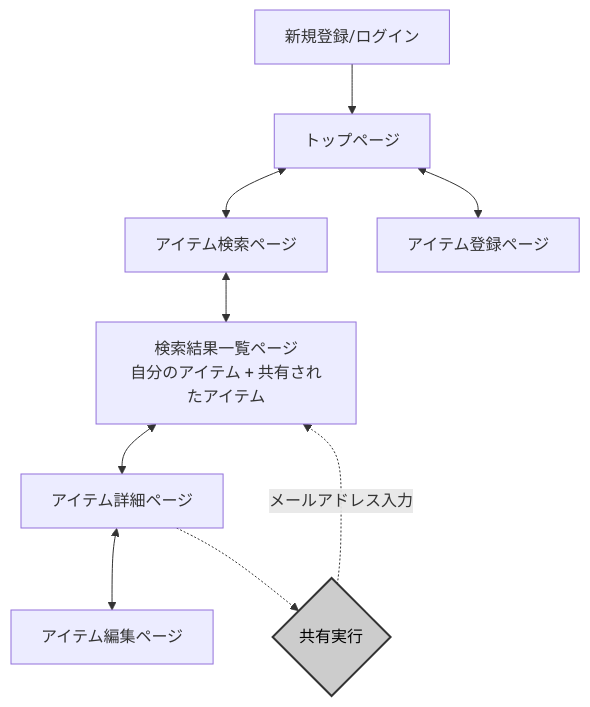
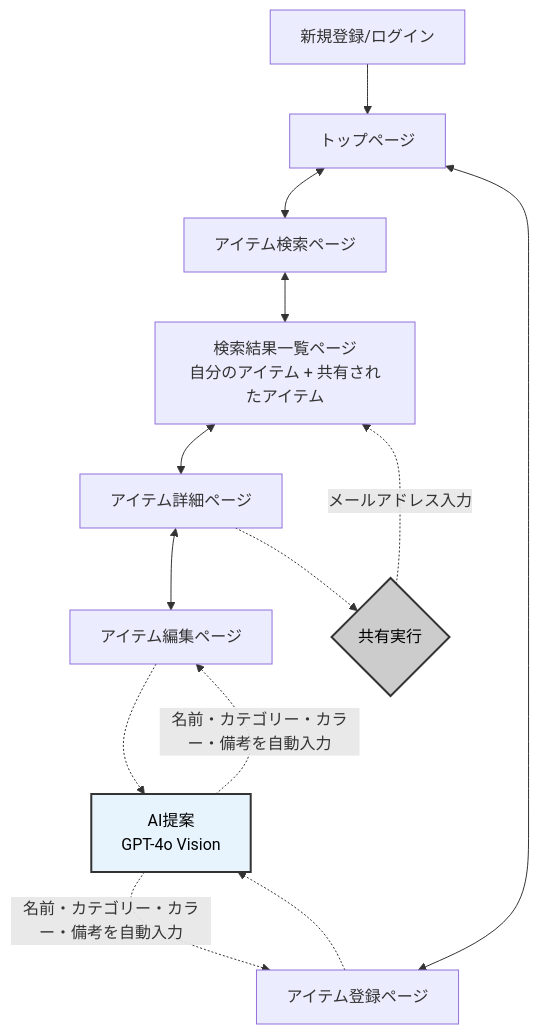
Before and after one commit to urakawakazuo0301/NaniKore: the first of 2 diagrams in README.md, drawn with Mermaid. The commit also changed other lines of this file, not shown here.

````diff
--- a/README.md
+++ b/README.md
@@ -88,15 +115,22 @@
 ```mermaid
 graph TD
     A[新規登録/ログイン] --> B[トップページ]
     B <--> C[アイテム検索ページ]
     C <--> D[検索結果一覧ページ<br/>自分のアイテム + 共有されたアイテム]
     D <--> E[アイテム詳細ページ]
     E <--> F[アイテム編集ページ]
     B <--> G[アイテム登録ページ]
     
+    %% AI提案機能
+    G -.-> I[AI提案<br/>GPT-4o Vision]
+    F -.-> I
+    I -.-> |名前・カテゴリー・カラー・備考を自動入力| G
+    I -.-> |名前・カテゴリー・カラー・備考を自動入力| F
+    
     %% 共有機能の導線
     E -.-> H{共有実行}
     H -.-> |メールアドレス入力| D
     
     style H fill:#ccc,stroke:#333,stroke-width:2px,color:#000
+    style I fill:#e8f4fd,stroke:#333,stroke-width:2px,color:#000
 ```
````
